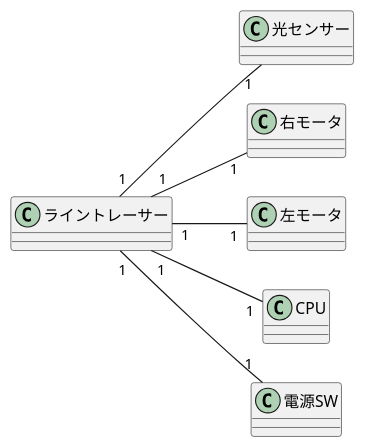
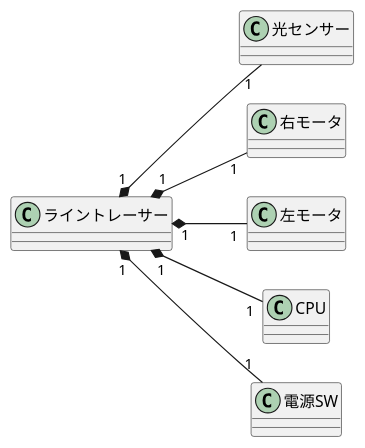
Before and after one commit to YumaSatou/uml-introduction: the diagram in 演習6-5-1_クラス図_ライントレーサー.pu, drawn with PlantUML.

Commit message:
演習6-5-1

```diff
--- a/演習6-5-1_クラス図_ライントレーサー.pu
+++ b/演習6-5-1_クラス図_ライントレーサー.pu
@@ -1,32 +1,32 @@
 @startuml クラス図
 left to right direction
 class ライントレーサー{
 
 }
 
 class 光センサー {
 
 }
 
 class 右モータ {
 
 }
 
 class 左モータ {
 
 }
 
 class CPU {
 
 }
 
 class 電源SW {
 
 }
 
-ライントレーサー "1" -- "1" 右モータ
-ライントレーサー "1" -- "1" 電源SW 
-ライントレーサー "1" -- "1" 左モータ
-ライントレーサー "1" -- "1" 光センサー
-ライントレーサー "1" -- "1" CPU
+ライントレーサー "1" *-- "1" 右モータ
+ライントレーサー "1" *-- "1" 電源SW 
+ライントレーサー "1" *-- "1" 左モータ
+ライントレーサー "1" *-- "1" 光センサー
+ライントレーサー "1" *-- "1" CPU
 @enduml
```
